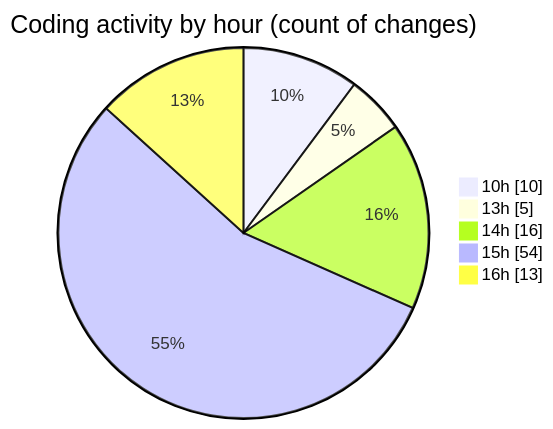
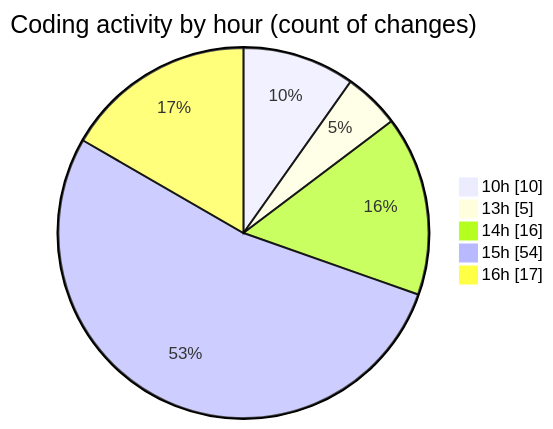
Before and after one commit to nxtqubesakshisongat/code-tracking: the second of 2 diagrams in 2025-07-30/nxtqube_webapp/README.md, drawn with Mermaid. The commit also changed other lines of this file and 1 other file, not shown here.

````diff
--- a/2025-07-30/nxtqube_webapp/README.md
+++ b/2025-07-30/nxtqube_webapp/README.md
@@ -36,9 +36,9 @@
 ```mermaid
 pie showData
 title Coding activity by hour (count of changes)
 "10h" : 10
 "13h" : 5
 "14h" : 16
 "15h" : 54
-"16h" : 13
+"16h" : 17
 ```
````
